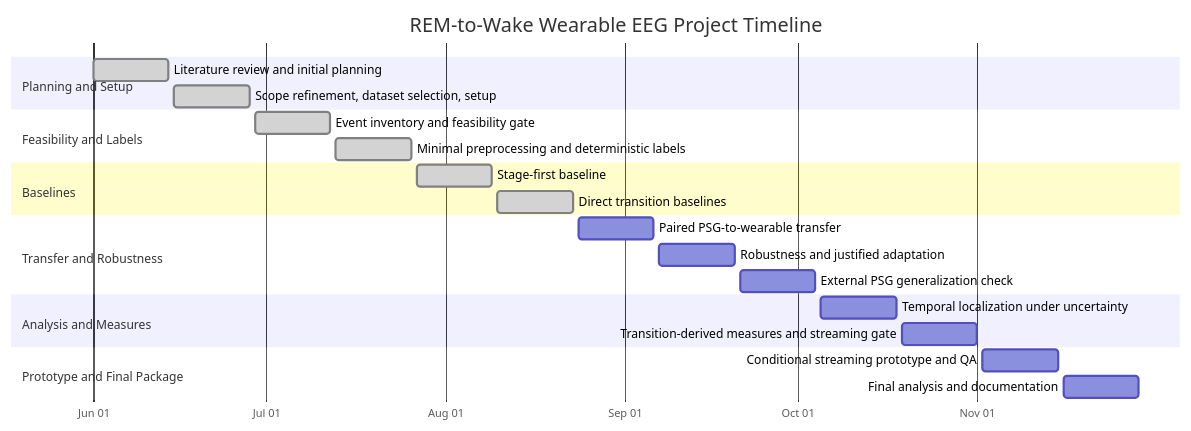
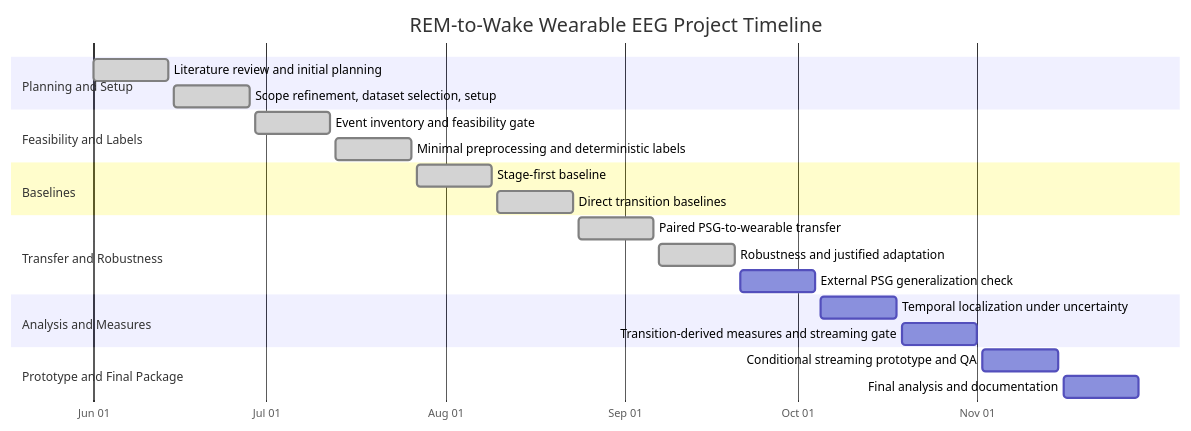
The first of 2 diagrams in docs/planning/overall_project_timeline.md (dgurve09/REM_Wake), drawn with Mermaid before and after one commit. The commit also changed other lines of this file and 5 other files, not shown here.

````diff
--- a/docs/planning/overall_project_timeline.md
+++ b/docs/planning/overall_project_timeline.md
@@ -17,31 +17,31 @@
 ```mermaid
 gantt
     title REM-to-Wake Wearable EEG Project Timeline
     dateFormat  YYYY-MM-DD
     axisFormat  %b %d
 
     section Planning and Setup
     Literature review and initial planning           :done, b1, 2026-06-01, 2026-06-14
     Scope refinement, dataset selection, setup       :done, b2, 2026-06-15, 2026-06-28
 
     section Feasibility and Labels
     Event inventory and feasibility gate             :done, b3, 2026-06-29, 2026-07-12
     Minimal preprocessing and deterministic labels   :done, b4, 2026-07-13, 2026-07-26
 
     section Baselines
     Stage-first baseline                             :done, b5, 2026-07-27, 2026-08-09
     Direct transition baselines                      :done, b6, 2026-08-10, 2026-08-23
 
     section Transfer and Robustness
-    Paired PSG-to-wearable transfer                  :b7, 2026-08-24, 2026-09-06
-    Robustness and justified adaptation              :b8, 2026-09-07, 2026-09-20
+    Paired PSG-to-wearable transfer                  :done, b7, 2026-08-24, 2026-09-06
+    Robustness and justified adaptation              :done, b8, 2026-09-07, 2026-09-20
     External PSG generalization check                :b9, 2026-09-21, 2026-10-04
 
     section Analysis and Measures
     Temporal localization under uncertainty          :b10, 2026-10-05, 2026-10-18
     Transition-derived measures and streaming gate   :b11, 2026-10-19, 2026-11-01
 
     section Prototype and Final Package
     Conditional streaming prototype and QA           :b12, 2026-11-02, 2026-11-15
     Final analysis and documentation                 :b13, 2026-11-16, 2026-11-29
 ```
````
